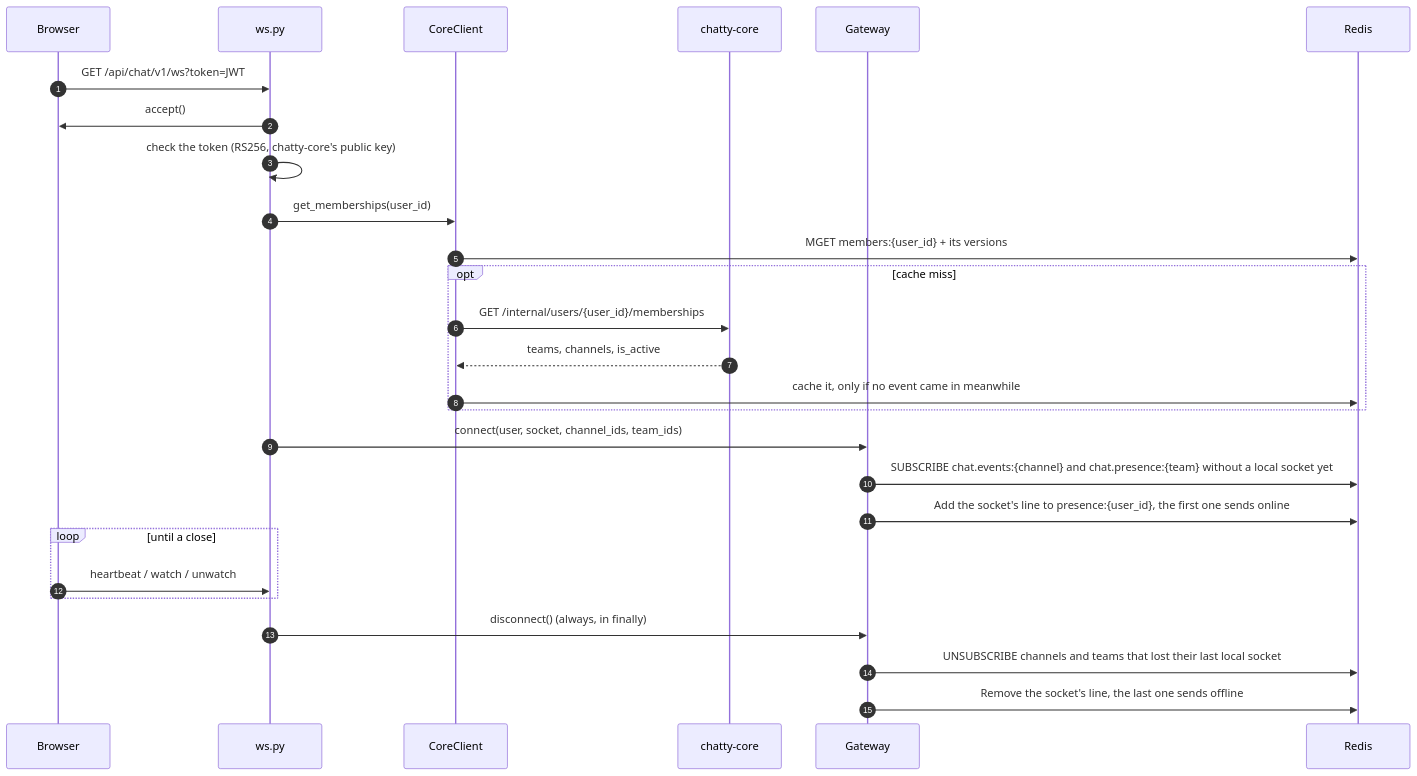
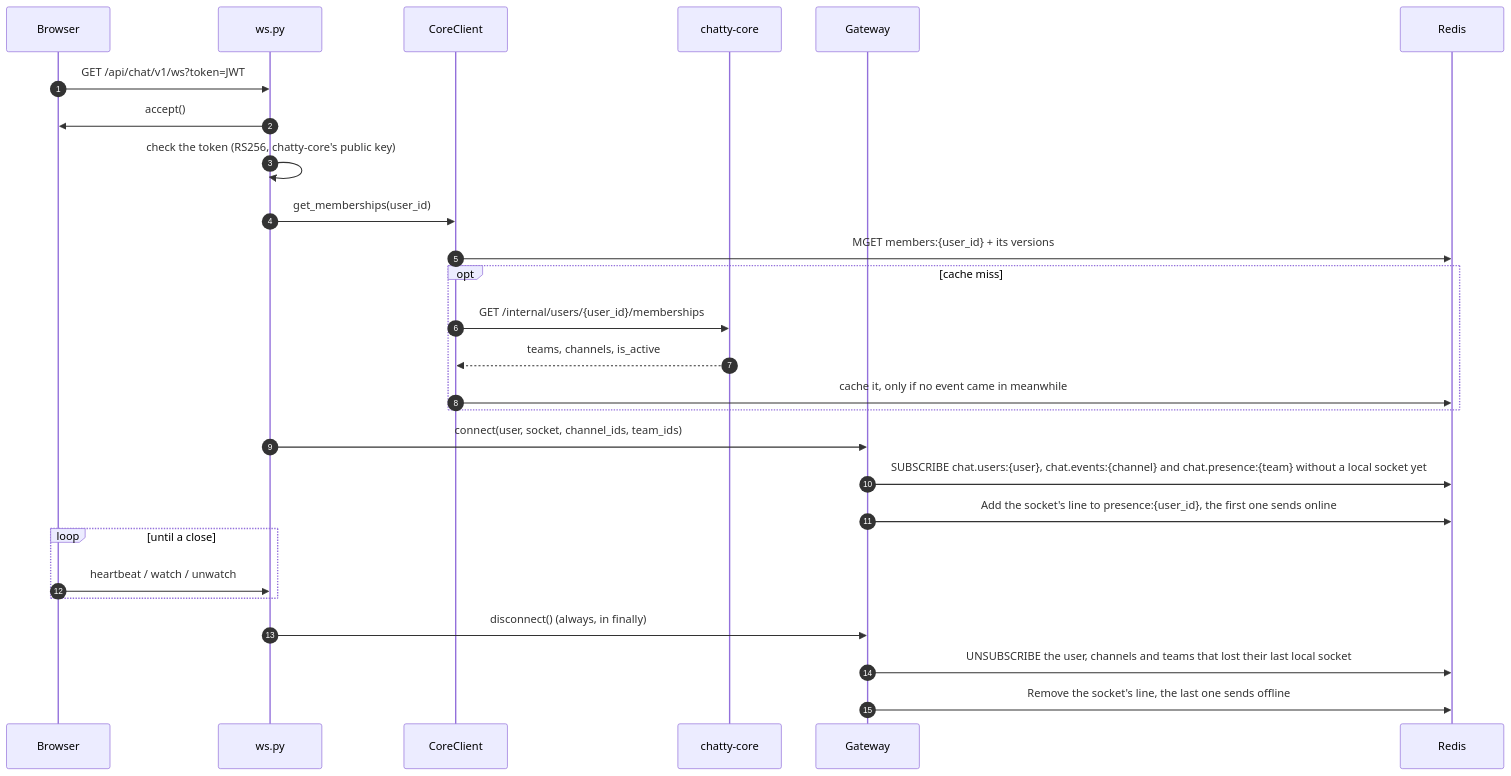
Before and after one commit to Chatty4/chatty-docs: the second of 7 diagrams in architecture/realtime.md, drawn with Mermaid. The commit also changed other lines of this file and 4 other files, not shown here.

Commit message:
CHAT-208: document read state, unread counts and chat.users

````diff
--- a/architecture/realtime.md
+++ b/architecture/realtime.md
@@ -90,30 +90,30 @@
 ```mermaid
 sequenceDiagram
     autonumber
     participant B as Browser
     participant WS as ws.py
     participant CC as CoreClient
     participant C as chatty-core
     participant GW as Gateway
     participant R as Redis
 
     B->>WS: GET /api/chat/v1/ws?token=JWT
     WS->>B: accept()
     WS->>WS: check the token (RS256, chatty-core's public key)
     WS->>CC: get_memberships(user_id)
     CC->>R: MGET members:{user_id} + its versions
     opt cache miss
         CC->>C: GET /internal/users/{user_id}/memberships
         C-->>CC: teams, channels, is_active
         CC->>R: cache it, only if no event came in meanwhile
     end
     WS->>GW: connect(user, socket, channel_ids, team_ids)
-    GW->>R: SUBSCRIBE chat.events:{channel} and chat.presence:{team} without a local socket yet
+    GW->>R: SUBSCRIBE chat.users:{user}, chat.events:{channel} and chat.presence:{team} without a local socket yet
     GW->>R: Add the socket's line to presence:{user_id}, the first one sends online
     loop until a close
         B->>WS: heartbeat / watch / unwatch
     end
     WS->>GW: disconnect() (always, in finally)
-    GW->>R: UNSUBSCRIBE channels and teams that lost their last local socket
+    GW->>R: UNSUBSCRIBE the user, channels and teams that lost their last local socket
     GW->>R: Remove the socket's line, the last one sends offline
 ```
````
